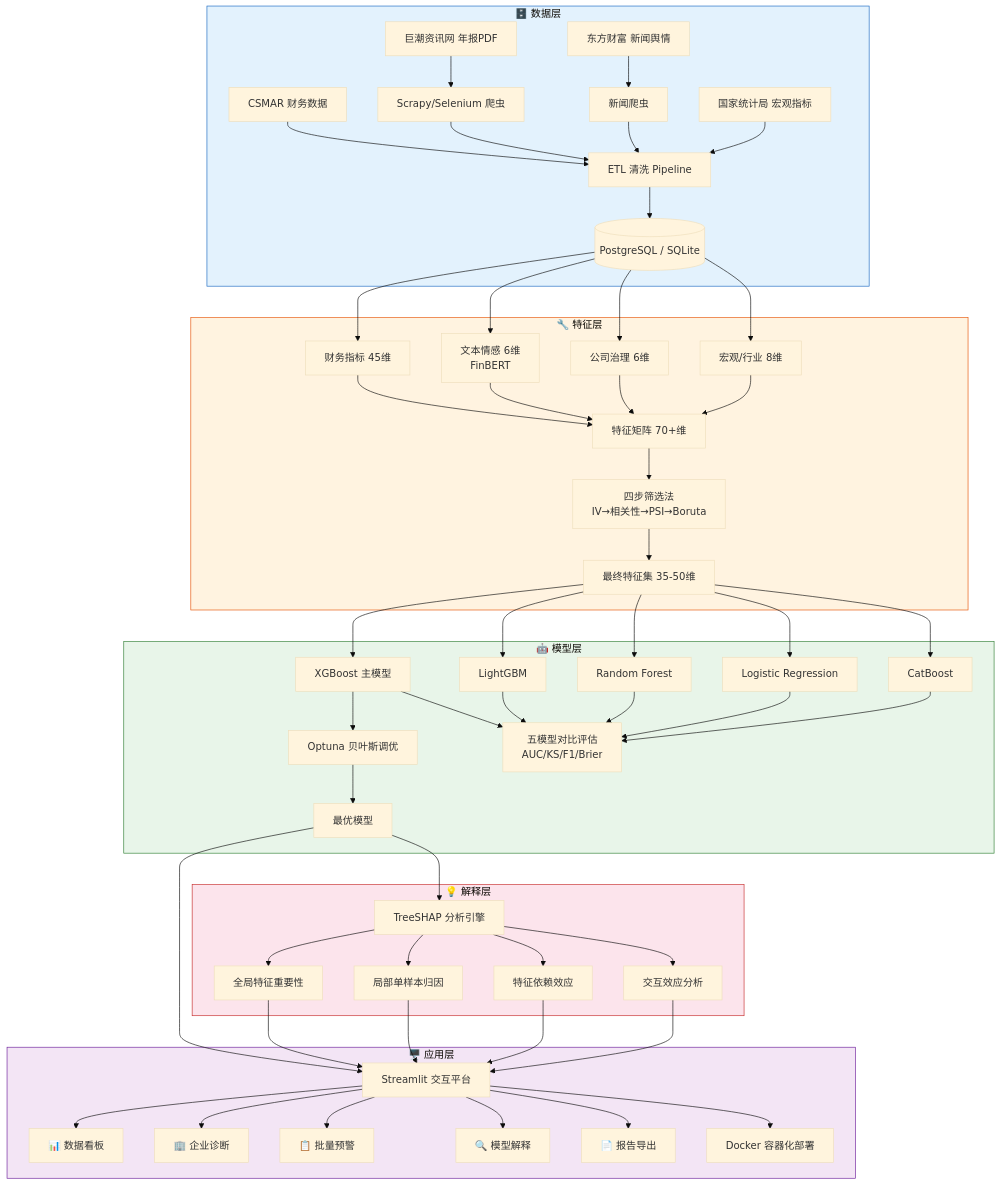
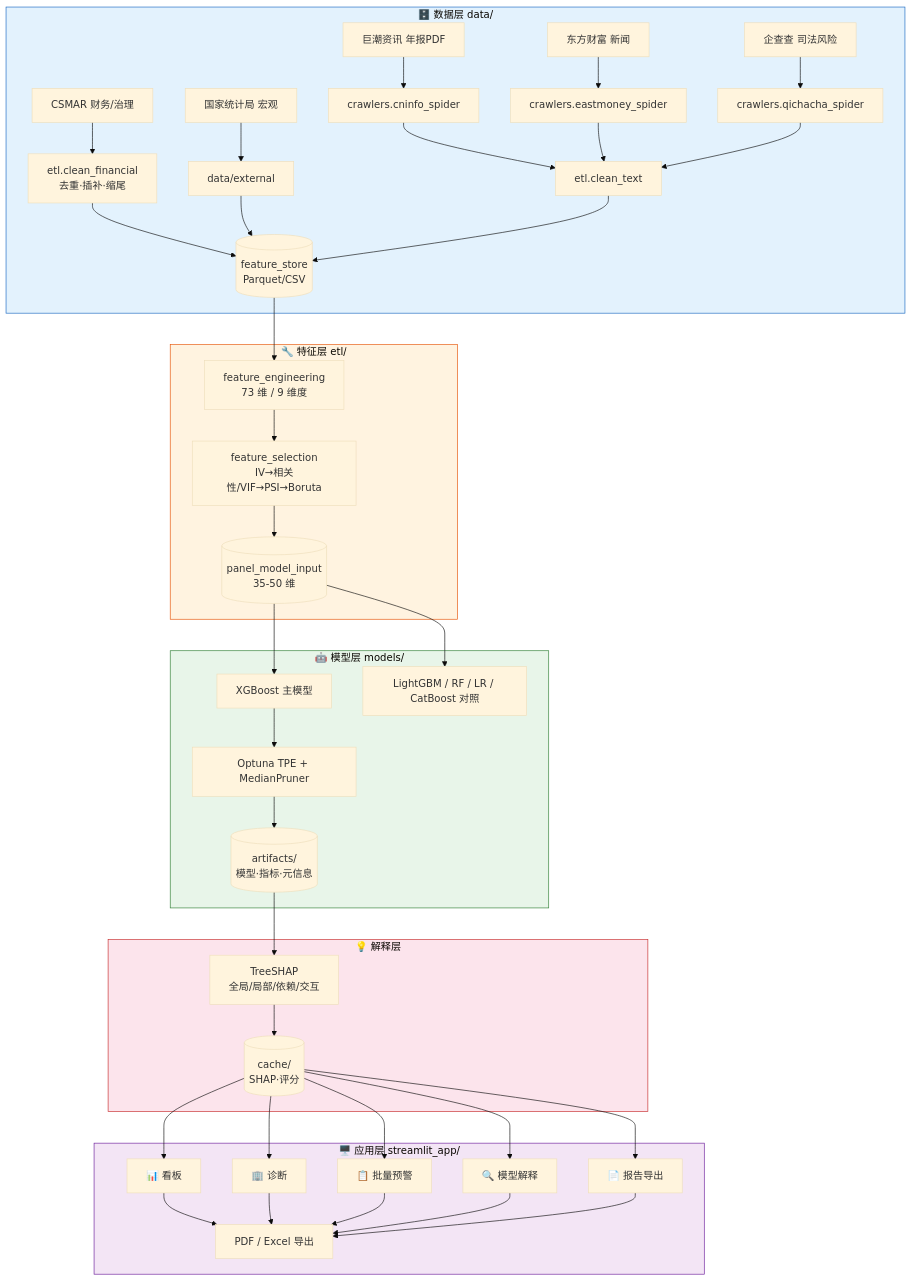
The first of 2 diagrams in README.md (yohoten/financial-risk-warning-platform), drawn with Mermaid (base theme) before and after one commit. The commit also changed other lines of this file and 83 other files, not shown here.

Commit message:
基于 XGBoost + SHAP 可解释性分析的上市公司财务风险智能预警系统 261108

````diff
--- a/README.md
+++ b/README.md
@@ -37,57 +96,45 @@
 ```mermaid
 graph TB
-    subgraph L1["🗄️ 数据层"]
-        A1[CSMAR 财务数据] --> D[ETL 清洗 Pipeline]
-        A2[巨潮资讯网 年报PDF] --> C1[Scrapy/Selenium 爬虫]
-        C1 --> D
-        A3[东方财富 新闻舆情] --> C2[新闻爬虫]
-        C2 --> D
-        A4[国家统计局 宏观指标] --> D
-        D --> DB[(PostgreSQL / SQLite)]
+    subgraph L1["🗄️ 数据层 data/"]
+        A1[CSMAR 财务/治理] --> C1[etl.clean_financial<br/>去重·插补·缩尾]
+        A2[巨潮资讯 年报PDF] --> S1[crawlers.cninfo_spider]
+        A3[东方财富 新闻] --> S2[crawlers.eastmoney_spider]
+        A4[企查查 司法风险] --> S3[crawlers.qichacha_spider]
+        A5[国家统计局 宏观] --> C2[data/external]
+        S1 & S2 & S3 --> C3[etl.clean_text]
+        C1 & C2 & C3 --> FS[(feature_store<br/>Parquet/CSV)]
     end
 
-    subgraph L2["🔧 特征层"]
-        DB --> F1[财务指标 45维]
-        DB --> F2[文本情感 6维<br/>FinBERT]
-        DB --> F3[公司治理 6维]
-        DB --> F4[宏观/行业 8维]
-        F1 & F2 & F3 & F4 --> FS[特征矩阵 70+维]
-        FS --> SEL[四步筛选法<br/>IV→相关性→PSI→Boruta]
-        SEL --> FF[最终特征集 35-50维]
+    subgraph L2["🔧 特征层 etl/"]
+        FS --> F1[feature_engineering<br/>73 维 / 9 维度]
+        F1 --> F2[feature_selection<br/>IV→相关性/VIF→PSI→Boruta]
+        F2 --> F3[(panel_model_input<br/>35-50 维)]
     end
 
-    subgraph L3["🤖 模型层"]
-        FF --> M1[XGBoost 主模型]
-        FF --> M2[LightGBM]
-        FF --> M3[Random Forest]
-        FF --> M4[Logistic Regression]
-        FF --> M5[CatBoost]
-        M1 --> OPT[Optuna 贝叶斯调优]
-        OPT --> BM[最优模型]
-        M1 & M2 & M3 & M4 & M5 --> EVAL[五模型对比评估<br/>AUC/KS/F1/Brier]
+    subgraph L3["🤖 模型层 models/"]
+        F3 --> M1[XGBoost 主模型]
+        F3 --> M2[LightGBM / RF / LR / CatBoost 对照]
+        M1 --> M3[Optuna TPE + MedianPruner]
+        M3 --> M4[(artifacts/<br/>模型·指标·元信息)]
     end
 
     subgraph L4["💡 解释层"]
-        BM --> SHAP[TreeSHAP 分析引擎]
-        SHAP --> S1[全局特征重要性]
-        SHAP --> S2[局部单样本归因]
-        SHAP --> S3[特征依赖效应]
-        SHAP --> S4[交互效应分析]
+        M4 --> E1[TreeSHAP<br/>全局/局部/依赖/交互]
+        E1 --> E2[(cache/<br/>SHAP·评分)]
     end
 
-    subgraph L5["🖥️ 应用层"]
-        BM & S1 & S2 & S3 & S4 --> APP[Streamlit 交互平台]
-        APP --> P1[📊 数据看板]
-        APP --> P2[🏢 企业诊断]
-        APP --> P3[📋 批量预警]
-        APP --> P4[🔍 模型解释]
-        APP --> P5[📄 报告导出]
-        APP --> DOCKER[Docker 容器化部署]
+    subgraph L5["🖥️ 应用层 streamlit_app/"]
+        E2 --> U1[📊 看板]
+        E2 --> U2[🏢 诊断]
+        E2 --> U3[📋 批量预警]
+        E2 --> U4[🔍 模型解释]
+        E2 --> U5[📄 报告导出]
+        U1 & U2 & U3 & U4 & U5 --> U6[PDF / Excel 导出]
     end
 
     style L1 fill:#e3f2fd,stroke:#1565c0
     style L2 fill:#fff3e0,stroke:#e65100
     style L3 fill:#e8f5e9,stroke:#2e7d32
     style L4 fill:#fce4ec,stroke:#c62828
     style L5 fill:#f3e5f5,stroke:#6a1b9a
 ```
````
